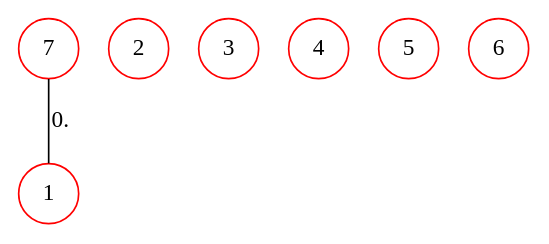
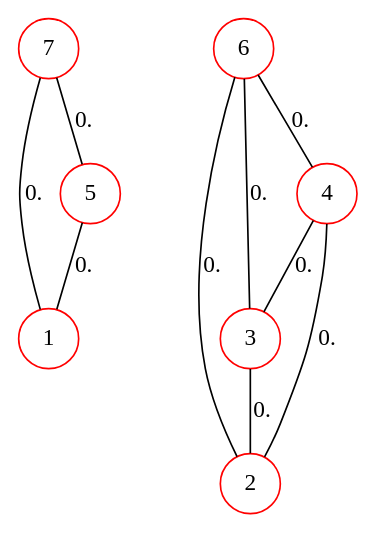
The diagram in Graph_Project/graphs/g1.dot (nightmared/project_graphs_2019_2020), drawn with Graphviz before and after one commit. The commit also changed 2 other files, not shown here.

```diff
--- a/Graph_Project/graphs/g1.dot
+++ b/Graph_Project/graphs/g1.dot
@@ -1,13 +1,21 @@
 graph G {
   1 [shape=circle, color="#FF0000", label="1", ];
   2 [shape=circle, color="#FF0000", label="2", ];
   3 [shape=circle, color="#FF0000", label="3", ];
   4 [shape=circle, color="#FF0000", label="4", ];
   5 [shape=circle, color="#FF0000", label="5", ];
   6 [shape=circle, color="#FF0000", label="6", ];
   7 [shape=circle, color="#FF0000", label="7", ];
   
   
+  3 -- 2 [label="0.", ];
+  4 -- 2 [label="0.", ];
+  4 -- 3 [label="0.", ];
+  5 -- 1 [label="0.", ];
+  6 -- 2 [label="0.", ];
+  6 -- 3 [label="0.", ];
+  6 -- 4 [label="0.", ];
   7 -- 1 [label="0.", ];
+  7 -- 5 [label="0.", ];
   
   }
```
